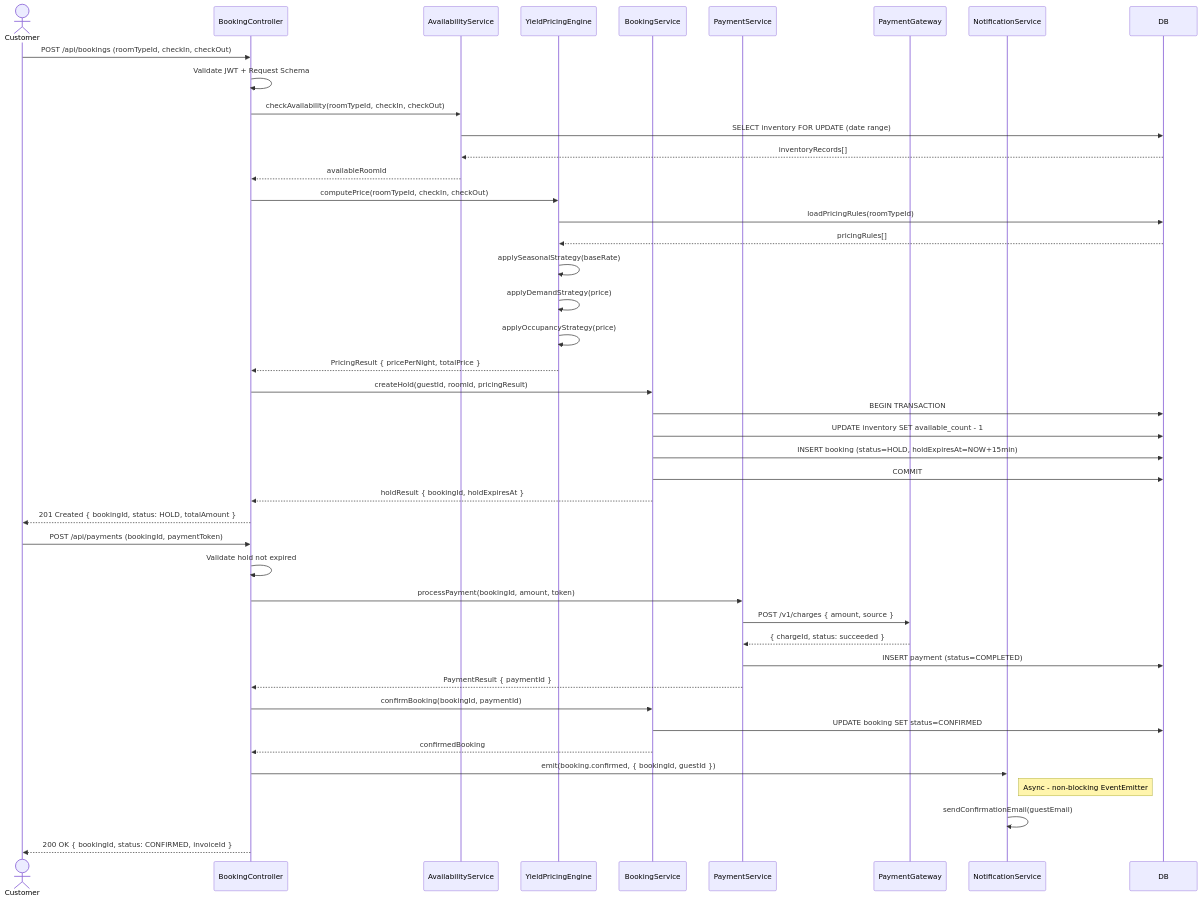
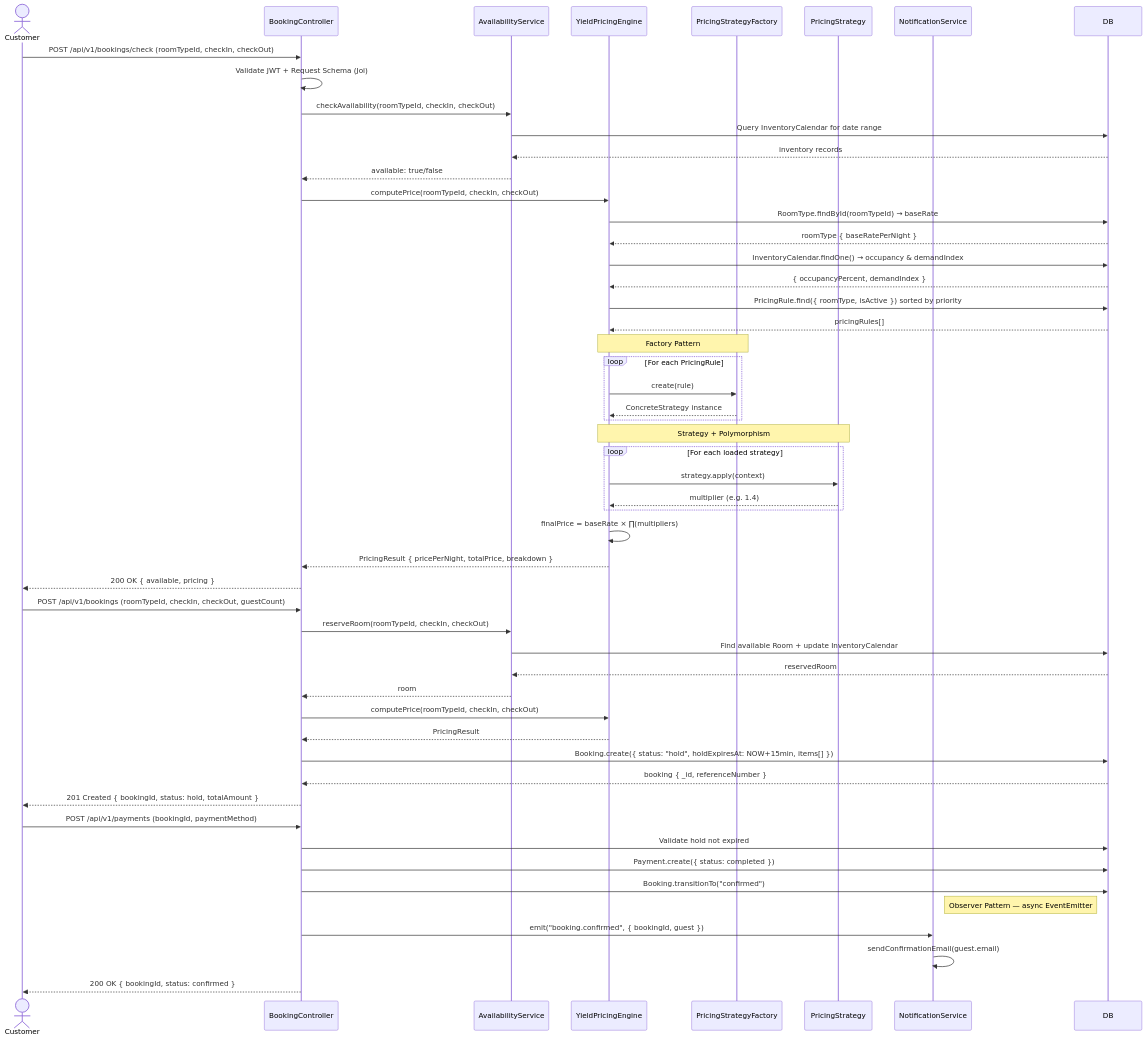
Before and after one commit to imposter29/Yoyo-Hotel-Booking: the first of 2 diagrams in sequenceDiagram.md, drawn with Mermaid. The commit also changed other lines of this file and 4 other files, not shown here.

Commit message:
docs: update all design diagrams — ER, class, sequence, use case, idea

````diff
--- a/sequenceDiagram.md
+++ b/sequenceDiagram.md
@@ -5,55 +5,71 @@
 ```mermaid
 sequenceDiagram
     actor Customer
     participant BookingController
     participant AvailabilityService
     participant YieldPricingEngine
-    participant BookingService
-    participant PaymentService
-    participant PaymentGateway
+    participant PricingStrategyFactory
+    participant PricingStrategy
     participant NotificationService
     participant DB
 
-    Customer->>BookingController: POST /api/bookings (roomTypeId, checkIn, checkOut)
-    BookingController->>BookingController: Validate JWT + Request Schema
+    Customer->>BookingController: POST /api/v1/bookings/check (roomTypeId, checkIn, checkOut)
+    BookingController->>BookingController: Validate JWT + Request Schema (Joi)
 
     BookingController->>AvailabilityService: checkAvailability(roomTypeId, checkIn, checkOut)
-    AvailabilityService->>DB: SELECT inventory FOR UPDATE (date range)
-    DB-->>AvailabilityService: inventoryRecords[]
-    AvailabilityService-->>BookingController: availableRoomId
+    AvailabilityService->>DB: Query InventoryCalendar for date range
+    DB-->>AvailabilityService: inventory records
+    AvailabilityService-->>BookingController: available: true/false
 
     BookingController->>YieldPricingEngine: computePrice(roomTypeId, checkIn, checkOut)
-    YieldPricingEngine->>DB: loadPricingRules(roomTypeId)
+
+    YieldPricingEngine->>DB: RoomType.findById(roomTypeId) → baseRate
+    DB-->>YieldPricingEngine: roomType { baseRatePerNight }
+
+    YieldPricingEngine->>DB: InventoryCalendar.findOne() → occupancy & demandIndex
+    DB-->>YieldPricingEngine: { occupancyPercent, demandIndex }
+
+    YieldPricingEngine->>DB: PricingRule.find({ roomType, isActive }) sorted by priority
     DB-->>YieldPricingEngine: pricingRules[]
-    YieldPricingEngine->>YieldPricingEngine: applySeasonalStrategy(baseRate)
-    YieldPricingEngine->>YieldPricingEngine: applyDemandStrategy(price)
-    YieldPricingEngine->>YieldPricingEngine: applyOccupancyStrategy(price)
-    YieldPricingEngine-->>BookingController: PricingResult { pricePerNight, totalPrice }
 
-    BookingController->>BookingService: createHold(guestId, roomId, pricingResult)
-    BookingService->>DB: BEGIN TRANSACTION
-    BookingService->>DB: UPDATE inventory SET available_count - 1
-    BookingService->>DB: INSERT booking (status=HOLD, holdExpiresAt=NOW+15min)
-    BookingService->>DB: COMMIT
-    BookingService-->>BookingController: holdResult { bookingId, holdExpiresAt }
-    BookingController-->>Customer: 201 Created { bookingId, status: HOLD, totalAmount }
+    Note over YieldPricingEngine, PricingStrategyFactory: Factory Pattern
+    loop For each PricingRule
+        YieldPricingEngine->>PricingStrategyFactory: create(rule)
+        PricingStrategyFactory-->>YieldPricingEngine: ConcreteStrategy instance
+    end
 
-    Customer->>BookingController: POST /api/payments (bookingId, paymentToken)
-    BookingController->>BookingController: Validate hold not expired
+    Note over YieldPricingEngine, PricingStrategy: Strategy + Polymorphism
+    loop For each loaded strategy
+        YieldPricingEngine->>PricingStrategy: strategy.apply(context)
+        PricingStrategy-->>YieldPricingEngine: multiplier (e.g. 1.4)
+    end
 
-    BookingController->>PaymentService: processPayment(bookingId, amount, token)
-    PaymentService->>PaymentGateway: POST /v1/charges { amount, source }
-    PaymentGateway-->>PaymentService: { chargeId, status: succeeded }
-    PaymentService->>DB: INSERT payment (status=COMPLETED)
-    PaymentService-->>BookingController: PaymentResult { paymentId }
+    YieldPricingEngine->>YieldPricingEngine: finalPrice = baseRate × ∏(multipliers)
+    YieldPricingEngine-->>BookingController: PricingResult { pricePerNight, totalPrice, breakdown }
 
-    BookingController->>BookingService: confirmBooking(bookingId, paymentId)
-    BookingService->>DB: UPDATE booking SET status=CONFIRMED
-    BookingService-->>BookingController: confirmedBooking
+    BookingController-->>Customer: 200 OK { available, pricing }
 
-    BookingController->>NotificationService: emit(booking.confirmed, { bookingId, guestId })
-    Note right of NotificationService: Async - non-blocking EventEmitter
-    NotificationService->>NotificationService: sendConfirmationEmail(guestEmail)
+    Customer->>BookingController: POST /api/v1/bookings (roomTypeId, checkIn, checkOut, guestCount)
+    BookingController->>AvailabilityService: reserveRoom(roomTypeId, checkIn, checkOut)
+    AvailabilityService->>DB: Find available Room + update InventoryCalendar
+    DB-->>AvailabilityService: reservedRoom
+    AvailabilityService-->>BookingController: room
 
-    BookingController-->>Customer: 200 OK { bookingId, status: CONFIRMED, invoiceId }
+    BookingController->>YieldPricingEngine: computePrice(roomTypeId, checkIn, checkOut)
+    YieldPricingEngine-->>BookingController: PricingResult
+
+    BookingController->>DB: Booking.create({ status: "hold", holdExpiresAt: NOW+15min, items[] })
+    DB-->>BookingController: booking { _id, referenceNumber }
+    BookingController-->>Customer: 201 Created { bookingId, status: hold, totalAmount }
+
+    Customer->>BookingController: POST /api/v1/payments (bookingId, paymentMethod)
+    BookingController->>DB: Validate hold not expired
+    BookingController->>DB: Payment.create({ status: completed })
+    BookingController->>DB: Booking.transitionTo("confirmed")
+
+    Note right of NotificationService: Observer Pattern — async EventEmitter
+    BookingController->>NotificationService: emit("booking.confirmed", { bookingId, guest })
+    NotificationService->>NotificationService: sendConfirmationEmail(guest.email)
+
+    BookingController-->>Customer: 200 OK { bookingId, status: confirmed }
 ```
````
